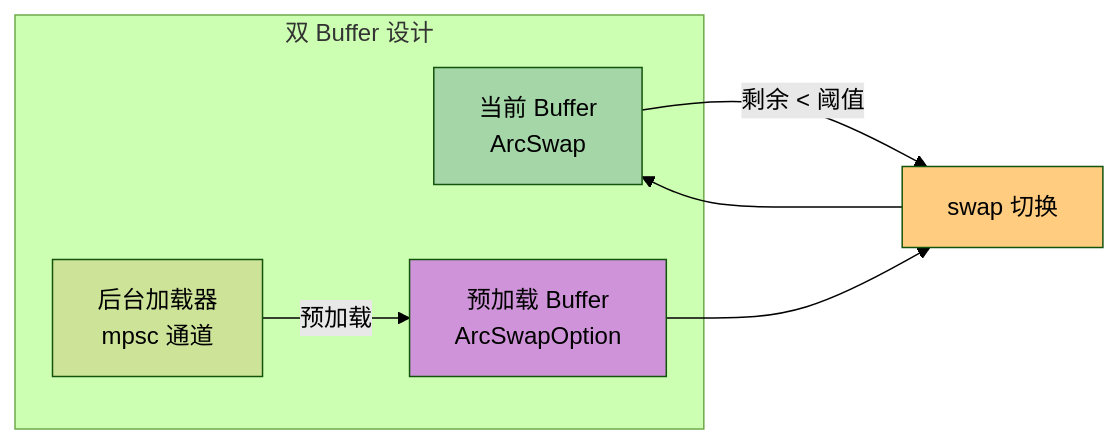
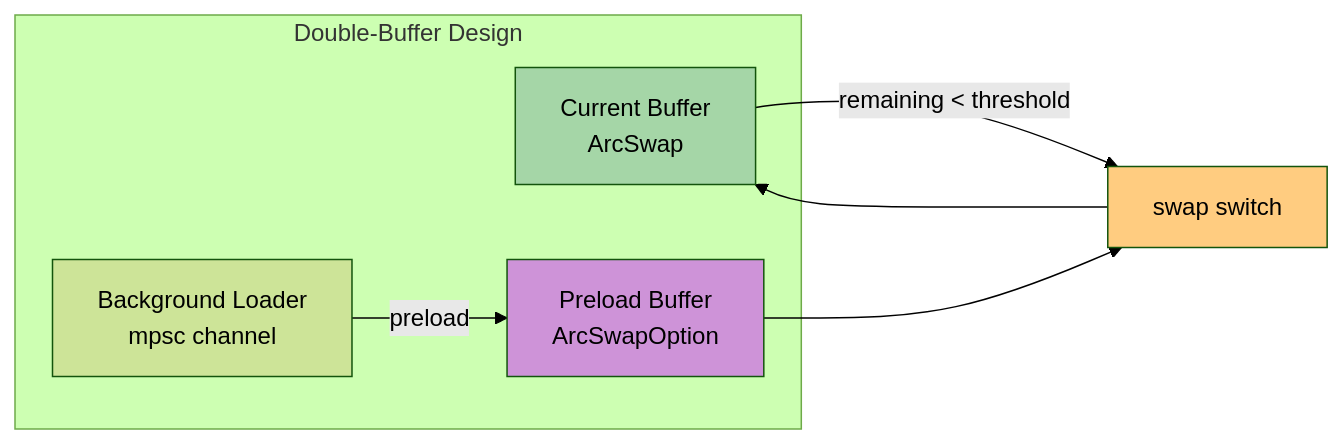
The third of 7 diagrams in docs/en/ARCHITECTURE.md (Kirky-X/NebulaId), drawn with Mermaid (forest theme) before and after one commit. The commit also changed other lines of this file and 15 other files, not shown here.

````diff
--- a/docs/en/ARCHITECTURE.md
+++ b/docs/en/ARCHITECTURE.md
@@ -137,17 +137,17 @@
 ```mermaid
 graph LR
-    subgraph 双 Buffer 设计
-        Current[当前 Buffer<br/>ArcSwap<AtomicSegment>]
-        Next[预加载 Buffer<br/>ArcSwapOption<AtomicSegment>]
-        Loader[后台加载器<br/>mpsc 通道]
+    subgraph Double-Buffer Design
+        Current[Current Buffer<br/>ArcSwap<AtomicSegment>]
+        Next[Preload Buffer<br/>ArcSwapOption<AtomicSegment>]
+        Loader[Background Loader<br/>mpsc channel]
     end
 
-    Current -->|剩余 < 阈值| Switch[swap 切换]
+    Current -->|remaining < threshold| Switch[swap switch]
     Next --> Switch
     Switch --> Current
-    Loader -->|预加载| Next
+    Loader -->|preload| Next
 
     style Current fill:#a5d6a7
     style Next fill:#ce93d8
     style Switch fill:#ffcc80
 ```
````
